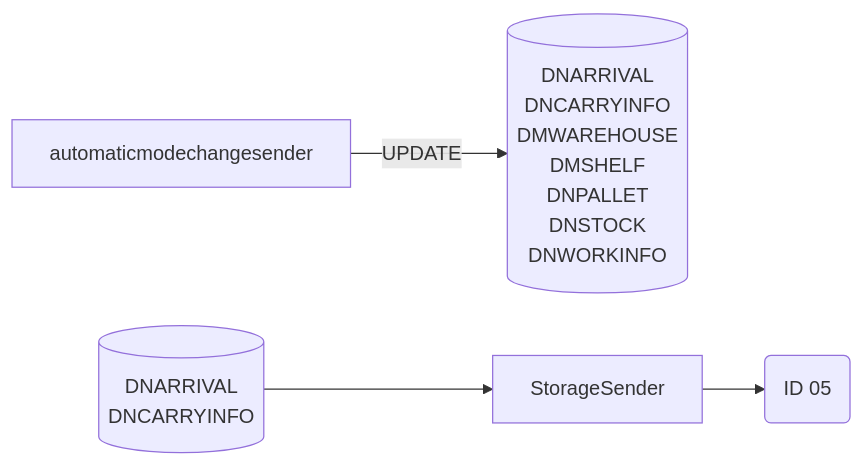
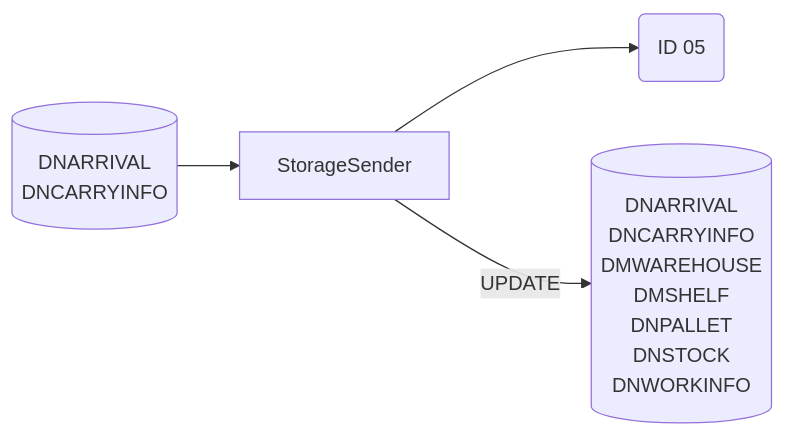
The fifth of 22 diagrams in Basic-Design/DFD-WMS/Storage/Unplanned-Storage/Unplanned-Storage-from-HP.md (luthfiadityaa/SimeDarby-Wiki), drawn with Mermaid before and after one commit.

Commit message:
Updated Unplanned Storage from HP

```diff
--- a/Basic-Design/DFD-WMS/Storage/Unplanned-Storage/Unplanned-Storage-from-HP.md
+++ b/Basic-Design/DFD-WMS/Storage/Unplanned-Storage/Unplanned-Storage-from-HP.md
@@ -299,23 +299,23 @@
 ::: mermaid
 flowchart LR
 automaticmodechangesender-update[("
 DNARRIVAL
 DNCARRYINFO
 DMWAREHOUSE
 DMSHELF
 DNPALLET
 DNSTOCK
 DNWORKINFO
 ")]
 automaticmodechangesender-input[("
 DNARRIVAL
 DNCARRYINFO
 ")]
 
 id05msg("
 ID 05
 ")
 
 automaticmodechangesender-input-->StorageSender-->id05msg
-automaticmodechangesender--> |UPDATE| automaticmodechangesender-update
+StorageSender--> |UPDATE| automaticmodechangesender-update
 :::
```
